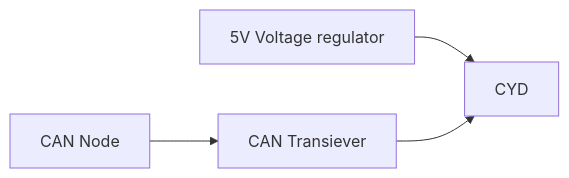
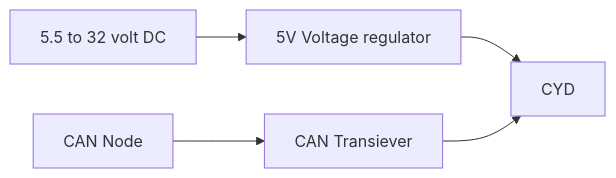
Before and after one commit to filip-w/CYD_CAN_DASH: the diagram in README.md, drawn with Mermaid. The commit also changed other lines of this file, not shown here.

````diff
--- a/README.md
+++ b/README.md
@@ -5,6 +5,7 @@
 ```mermaid
 graph LR;
     A[CAN Node]-->B[CAN Transiever];
     C[5V Voltage regulator]-->D[CYD];
     B-->D;
+    E[5.5 to 32 volt DC]-->C
 ```
````
